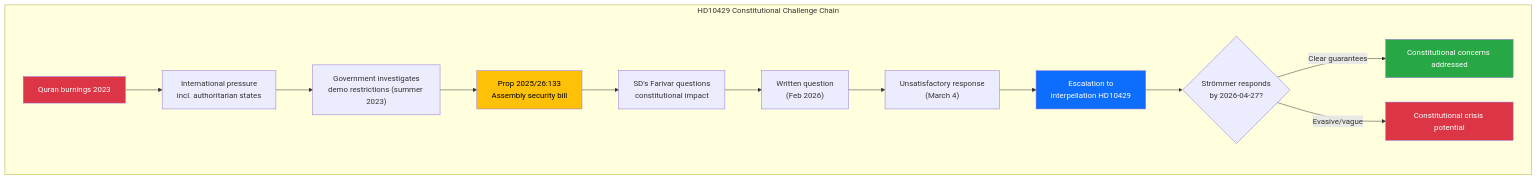
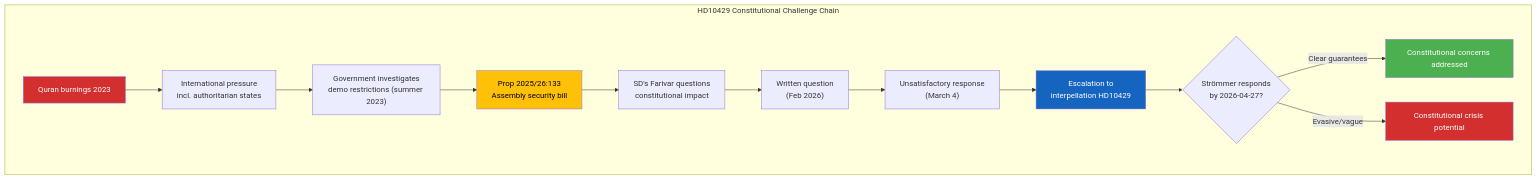
Before and after one commit to Hack23/riksdagsmonitor: the diagram in analysis/daily/2026-04-13/interpellations/documents/hd10429-analysis.md, drawn with Mermaid. The commit also changed 785 other files, not shown here.

First line of the commit message:
Normalize mermaid colors across 786 analysis artifacts to ISMS Style Guide palette

````diff
--- a/analysis/daily/2026-04-13/interpellations/documents/hd10429-analysis.md
+++ b/analysis/daily/2026-04-13/interpellations/documents/hd10429-analysis.md
@@ -45,20 +45,20 @@
 ```mermaid
 graph TD
     subgraph "HD10429 Constitutional Challenge Chain"
         A["Quran burnings 2023"] --> B["International pressure<br/>incl. authoritarian states"]
         B --> C["Government investigates<br/>demo restrictions (summer 2023)"]
         C --> D["Prop 2025/26:133<br/>Assembly security bill"]
         D --> E["SD's Farivar questions<br/>constitutional impact"]
         E --> F["Written question<br/>(Feb 2026)"]
         F --> G["Unsatisfactory response<br/>(March 4)"]
         G --> H["Escalation to<br/>interpellation HD10429"]
         H --> I{"Strömmer responds<br/>by 2026-04-27?"}
         I -->|"Clear guarantees"| J["Constitutional concerns addressed"]
         I -->|"Evasive/vague"| K["Constitutional crisis potential"]
     end
-    style A fill:#dc3545,color:#fff
-    style D fill:#ffc107,color:#000
-    style H fill:#0d6efd,color:#fff
-    style J fill:#28a745,color:#fff
-    style K fill:#dc3545,color:#fff
+    style A fill:#D32F2F,color:#FFFFFF
+    style D fill:#FFC107,color:#000000
+    style H fill:#1565C0,color:#FFFFFF
+    style J fill:#4CAF50,color:#FFFFFF
+    style K fill:#D32F2F,color:#FFFFFF
 ```
````
